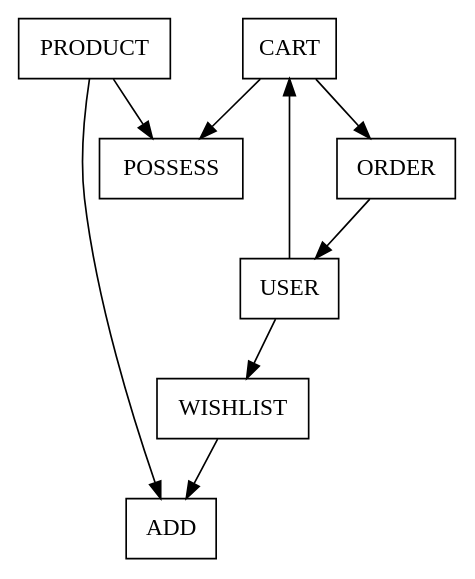
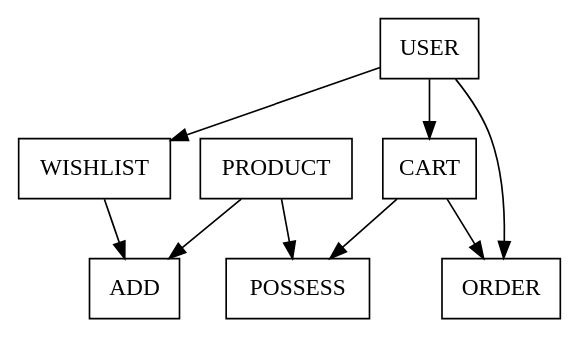
Before and after one commit to MohammedMarine/API-URBS: the diagram in conception/mocodo/Users_dependencies.gv, drawn with Graphviz. The commit also changed 24 other files, not shown here.

```diff
--- a/conception/mocodo/Users_dependencies.gv
+++ b/conception/mocodo/Users_dependencies.gv
@@ -1,11 +1,11 @@
 digraph {
   node [shape=box]
   "WISHLIST" -> "ADD"
   "PRODUCT" -> "ADD"
   "USER" -> "CART"
   "CART" -> "ORDER"
+  "USER" -> "ORDER"
   "CART" -> "POSSESS"
   "PRODUCT" -> "POSSESS"
-  "ORDER" -> "USER"
   "USER" -> "WISHLIST"
 }
```
